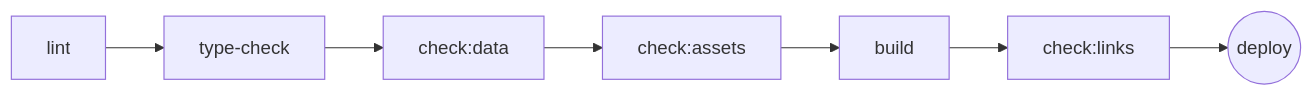
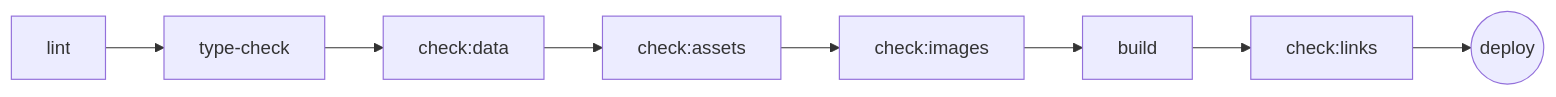
One commit to Ahmed-Emad-Nasr/ahmed.dev changed the second of 2 diagrams in README.md. Above: the diagram before and after it, drawn with Mermaid. The commit also changed other lines of this file and 56 other files, not shown here.

````diff
--- a/README.md
+++ b/README.md
@@ -152,4 +152,4 @@
 ```mermaid
 flowchart LR
-  A[lint] --> B[type-check] --> C[check:data] --> D[check:assets] --> E[build] --> F[check:links] --> G((deploy))
+  A[lint] --> B[type-check] --> C[check:data] --> D[check:assets] --> I[check:images] --> E[build] --> F[check:links] --> G((deploy))
 ```
````
